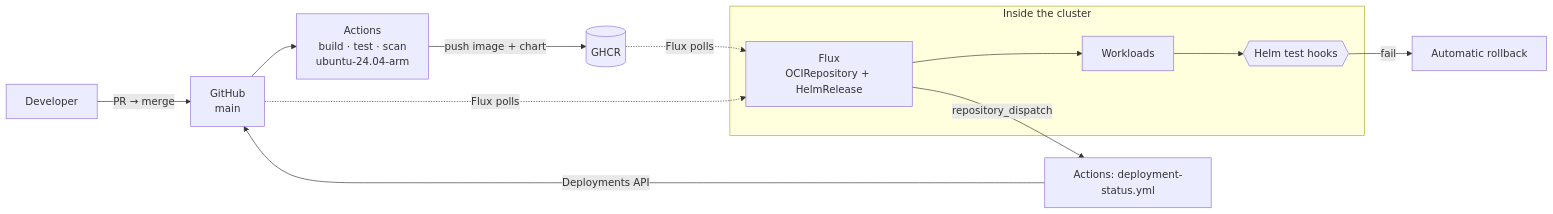
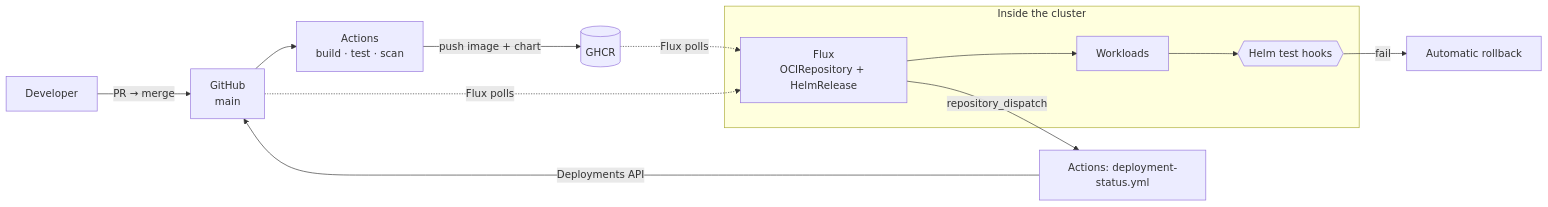
The third of 3 diagrams in docs/ops/PLATFORM_SETUP.md (enorm-labs/event-junkie), drawn with Mermaid before and after one commit. The commit also changed other lines of this file and 3 other files, not shown here.

````diff
--- a/docs/ops/PLATFORM_SETUP.md
+++ b/docs/ops/PLATFORM_SETUP.md
@@ -388,20 +140,20 @@
 ```mermaid
 flowchart LR
     dev["Developer"] -->|"PR → merge"| gh["GitHub<br/>main"]
-    gh --> ci["Actions<br/>build · test · scan<br/>ubuntu-24.04-arm"]
+    gh --> ci["Actions<br/>build · test · scan"]
     ci -->|"push image + chart"| ghcr[("GHCR")]
 
     subgraph cluster["Inside the cluster"]
         flux["Flux<br/>OCIRepository + HelmRelease"]
         rel["Workloads"]
         test{{"Helm test hooks"}}
     end
 
     ghcr -.->|"Flux polls"| flux
     gh -.->|"Flux polls"| flux
     flux --> rel
     rel --> test
     test -->|"fail"| rb["Automatic rollback"]
     flux -->|"repository_dispatch"| gha["Actions: deployment-status.yml"]
     gha -->|"Deployments API"| gh
 ```
````
